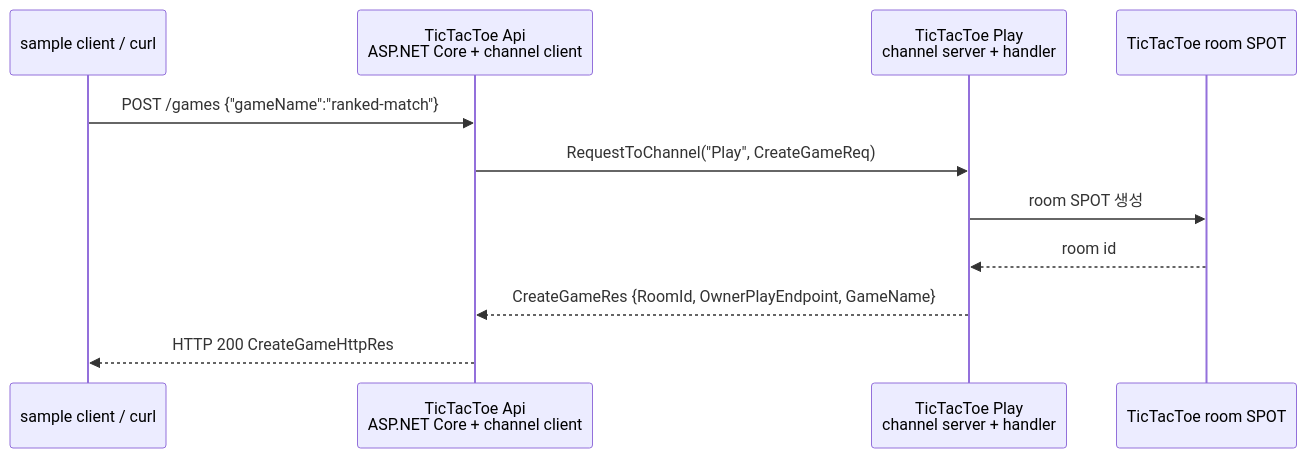
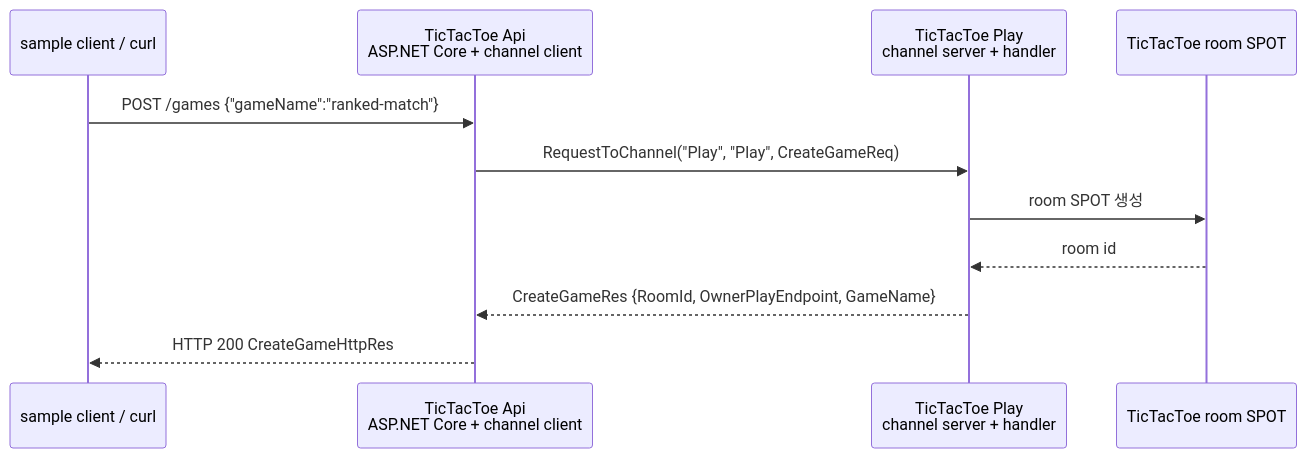
The diagram in framework/doc/framework/dotnet/guide/02-getting-started.ko.md (kairos-code-dev/zlink), drawn with Mermaid before and after one commit. The commit also changed other lines of this file and 1 other file, not shown here.

First line of the commit message:
docs(dotnet): refresh getting started route mesh flow

````diff
--- a/framework/doc/framework/dotnet/guide/02-getting-started.ko.md
+++ b/framework/doc/framework/dotnet/guide/02-getting-started.ko.md
@@ -40,14 +41,14 @@
 ```mermaid
 sequenceDiagram
     participant Client as sample client / curl
     participant Api as TicTacToe Api<br/>ASP.NET Core + channel client
     participant Play as TicTacToe Play<br/>channel server + handler
     participant Spot as TicTacToe room SPOT
 
     Client->>Api: POST /games {"gameName":"ranked-match"}
-    Api->>Play: RequestToChannel("Play", CreateGameReq)
+    Api->>Play: RequestToChannel("Play", "Play", CreateGameReq)
     Play->>Spot: room SPOT 생성
     Spot-->>Play: room id
     Play-->>Api: CreateGameRes {RoomId, OwnerPlayEndpoint, GameName}
     Api-->>Client: HTTP 200 CreateGameHttpRes
 ```
````
